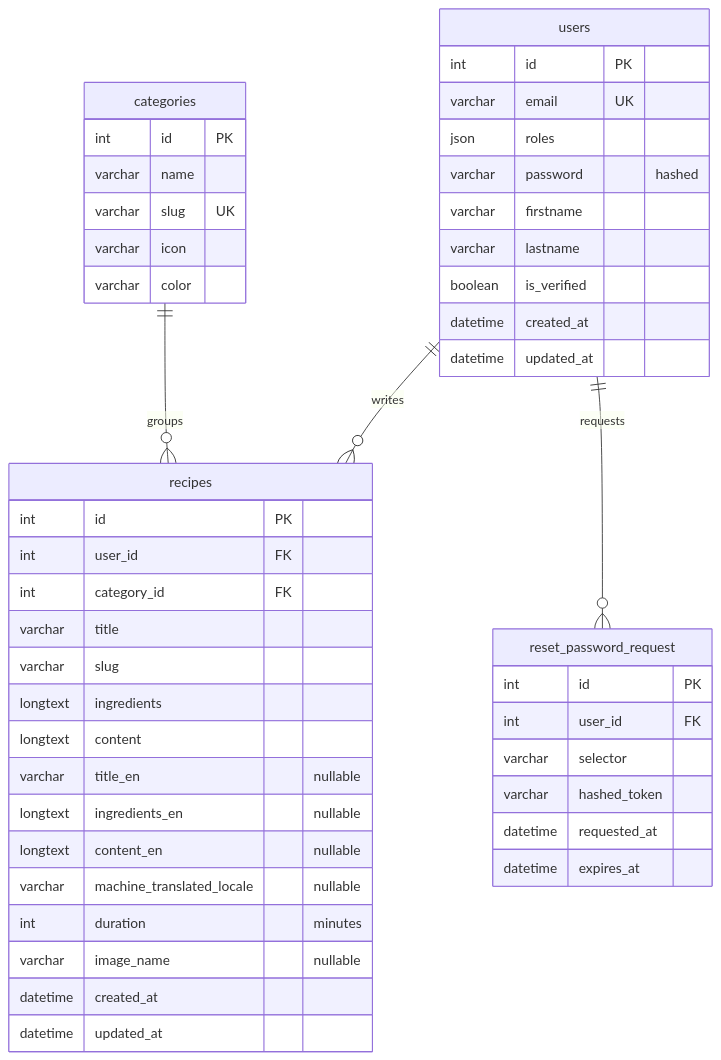
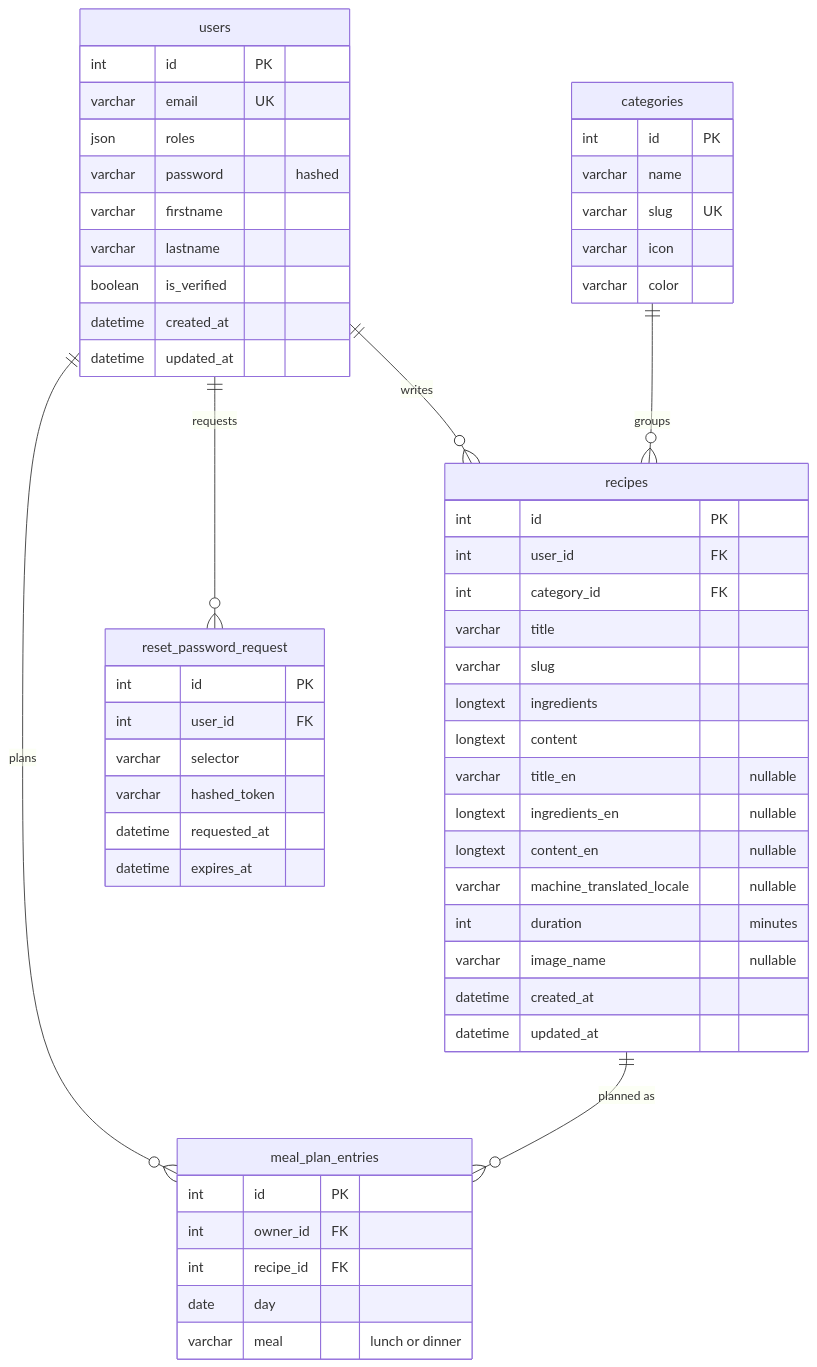
Before and after one commit to puremax-lab/RecetteVie: the diagram in README.md, drawn with Mermaid. The commit also changed other lines of this file and 23 other files, not shown here.

Commit message:
Add a REST API with API Platform and JWT for meal plans

````diff
--- a/README.md
+++ b/README.md
@@ -93,50 +98,59 @@
 ```mermaid
 erDiagram
     users ||--o{ recipes : "writes"
     categories ||--o{ recipes : "groups"
     users ||--o{ reset_password_request : "requests"
+    users ||--o{ meal_plan_entries : "plans"
+    recipes ||--o{ meal_plan_entries : "planned as"
 
     users {
         int id PK
         varchar email UK
         json roles
         varchar password "hashed"
         varchar firstname
         varchar lastname
         boolean is_verified
         datetime created_at
         datetime updated_at
     }
     categories {
         int id PK
         varchar name
         varchar slug UK
         varchar icon
         varchar color
     }
     recipes {
         int id PK
         int user_id FK
         int category_id FK
         varchar title
         varchar slug
         longtext ingredients
         longtext content
         varchar title_en "nullable"
         longtext ingredients_en "nullable"
         longtext content_en "nullable"
         varchar machine_translated_locale "nullable"
         int duration "minutes"
         varchar image_name "nullable"
         datetime created_at
         datetime updated_at
     }
     reset_password_request {
         int id PK
         int user_id FK
         varchar selector
         varchar hashed_token
         datetime requested_at
         datetime expires_at
     }
+    meal_plan_entries {
+        int id PK
+        int owner_id FK
+        int recipe_id FK
+        date day
+        varchar meal "lunch or dinner"
+    }
 ```
````
